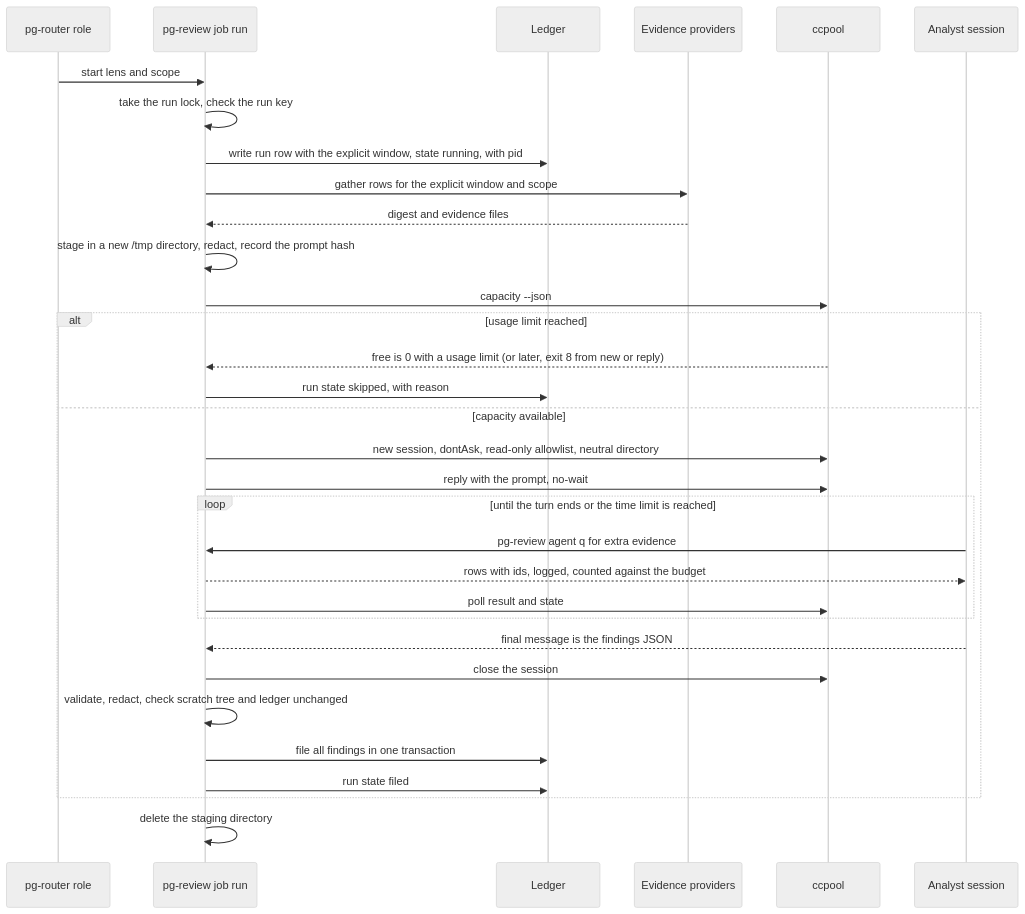
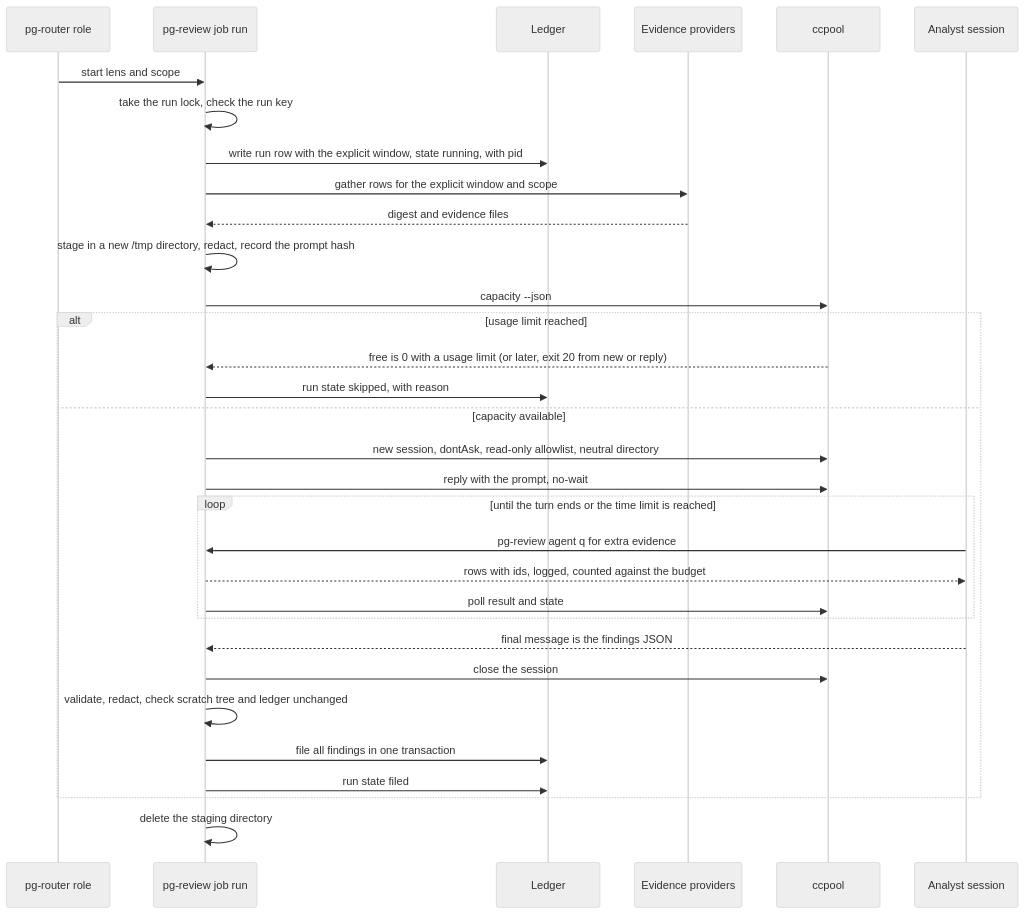
Before and after one commit to phillipgreenii/nix-agent-support: the third of 9 diagrams in packages/pg-review/docs/design.md, drawn with Mermaid (neutral theme). The commit also changed other lines of this file and 16 other files, not shown here.

````diff
--- a/packages/pg-review/docs/design.md
+++ b/packages/pg-review/docs/design.md
@@ -415,34 +415,34 @@
 ```mermaid
 sequenceDiagram
   participant Sch as pg-router role
   participant R as pg-review job run
   participant L as Ledger
   participant P as Evidence providers
   participant C as ccpool
   participant A as Analyst session
   Sch->>R: start lens and scope
   R->>R: take the run lock, check the run key
   R->>L: write run row with the explicit window, state running, with pid
   R->>P: gather rows for the explicit window and scope
   P-->>R: digest and evidence files
   R->>R: stage in a new /tmp directory, redact, record the prompt hash
   R->>C: capacity --json
   alt usage limit reached
-    C-->>R: free is 0 with a usage limit (or later, exit 8 from new or reply)
+    C-->>R: free is 0 with a usage limit (or later, exit 20 from new or reply)
     R->>L: run state skipped, with reason
   else capacity available
     R->>C: new session, dontAsk, read-only allowlist, neutral directory
     R->>C: reply with the prompt, no-wait
     loop until the turn ends or the time limit is reached
       A->>R: pg-review agent q for extra evidence
       R-->>A: rows with ids, logged, counted against the budget
       R->>C: poll result and state
     end
     A-->>R: final message is the findings JSON
     R->>C: close the session
     R->>R: validate, redact, check scratch tree and ledger unchanged
     R->>L: file all findings in one transaction
     R->>L: run state filed
   end
   R->>R: delete the staging directory
 ```
````
